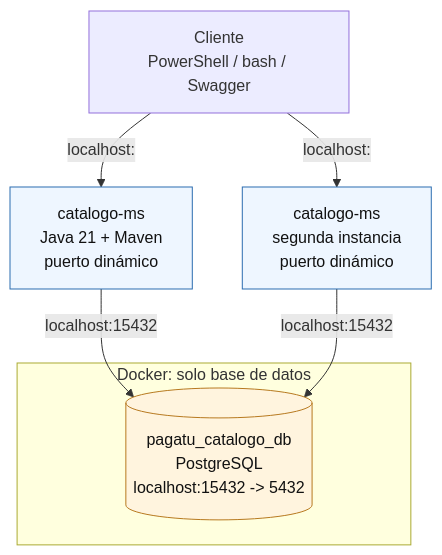
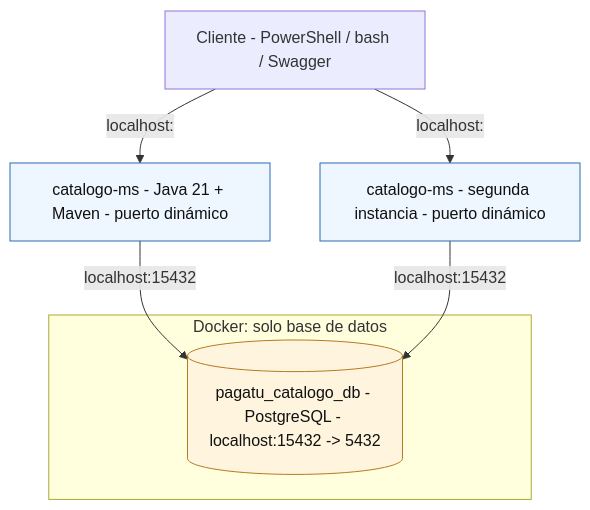
One commit to 262dist/pagatu changed the second of 3 diagrams in docs/sesiones/S01_Construccion_Servicio_Base.md. Above: the diagram before and after it, drawn with Mermaid. The commit also changed other lines of this file and 3 other files, not shown here.

````diff
--- a/docs/sesiones/S01_Construccion_Servicio_Base.md
+++ b/docs/sesiones/S01_Construccion_Servicio_Base.md
@@ -108,19 +108,19 @@
 ```mermaid
 flowchart TB
-    DevClient["Cliente<br/>PowerShell / bash / Swagger"]
-    DevApp1["catalogo-ms<br/>Java 21 + Maven<br/>puerto dinámico"]
-    DevApp2["catalogo-ms<br/>segunda instancia<br/>puerto dinámico"]
+    DevClient["Cliente - PowerShell / bash / Swagger"]
+    DevApp1["catalogo-ms - Java 21 + Maven - puerto dinámico"]
+    DevApp2["catalogo-ms - segunda instancia - puerto dinámico"]
     subgraph DevDocker["Docker: solo base de datos"]
-        DevDb[("pagatu_catalogo_db<br/>PostgreSQL<br/>localhost:15432 -> 5432")]
+        DevDb[("pagatu_catalogo_db - PostgreSQL - localhost:15432 -> 5432")]
     end
 
     DevClient -->|"localhost:<puerto-asignado>"| DevApp1
     DevClient -->|"localhost:<otro-puerto>"| DevApp2
     DevApp1 -->|"localhost:15432"| DevDb
     DevApp2 -->|"localhost:15432"| DevDb
 
     classDef app fill:#eef6ff,stroke:#2b6cb0,color:#111;
     classDef db fill:#fff4de,stroke:#b7791f,color:#111;
     class DevApp1,DevApp2 app;
     class DevDb db;
 ```
````
